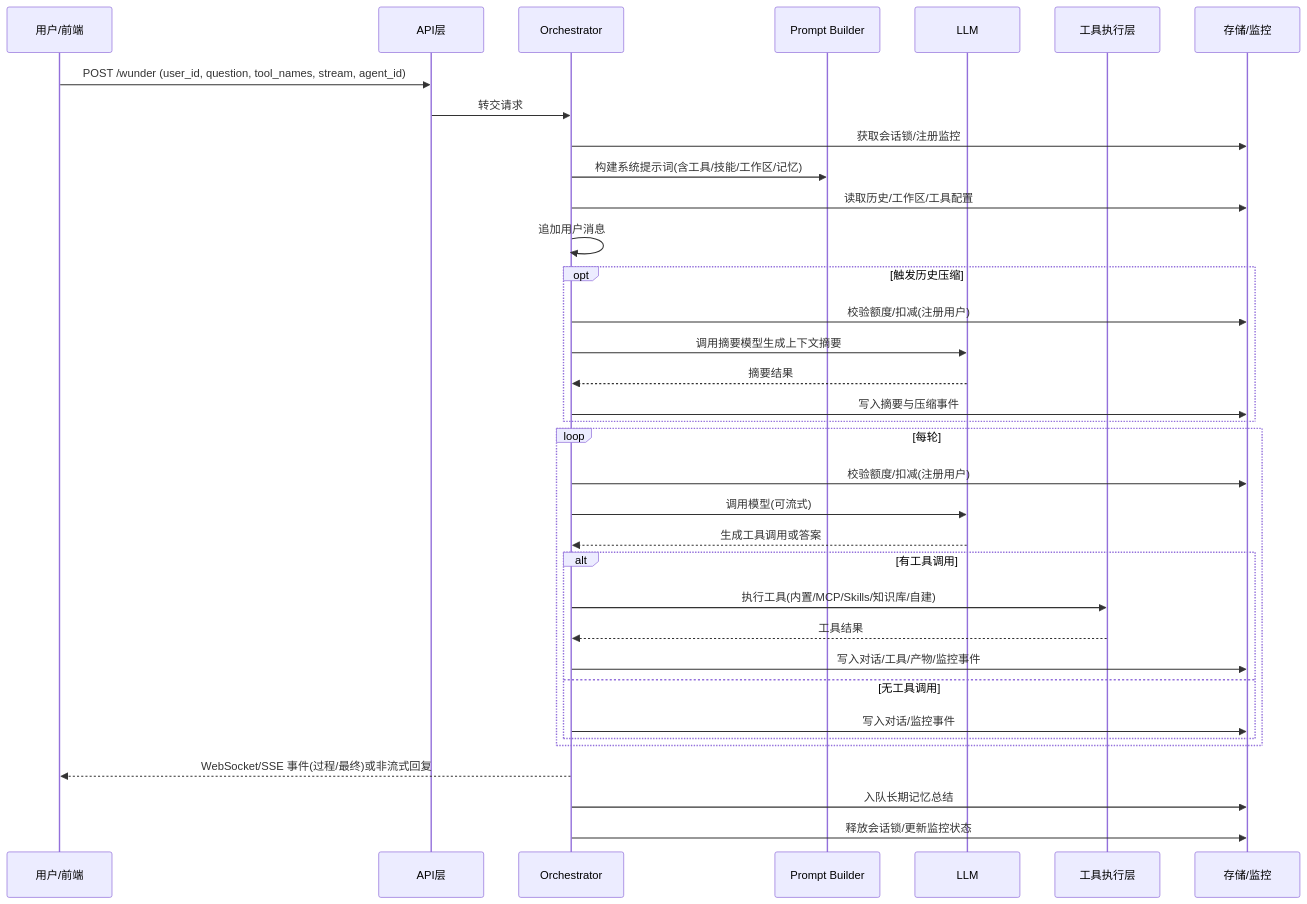
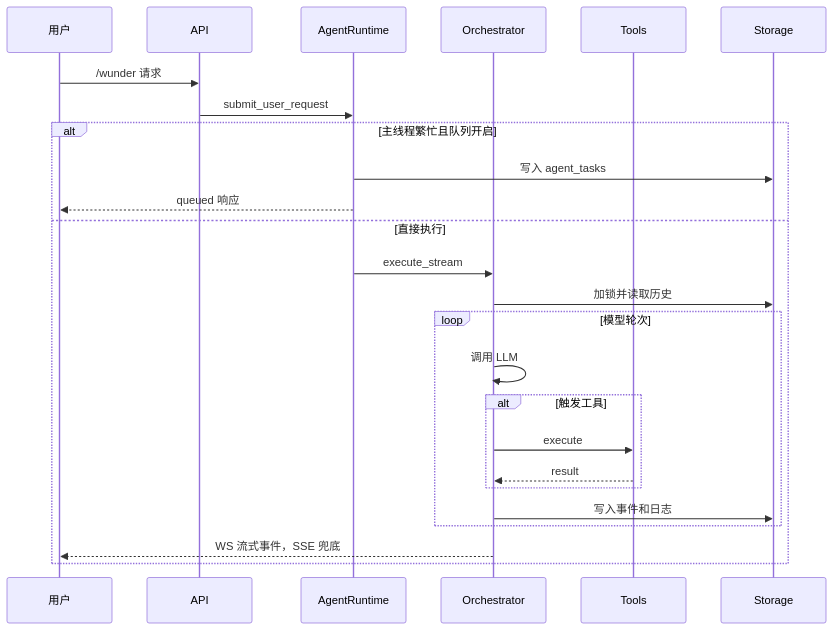
One commit to ylsdamxssjxxdd/wunder changed the third of 7 diagrams in docs/系统介绍.md. Above: the diagram before and after it, drawn with Mermaid. The commit also changed other lines of this file and 20 other files, not shown here.

````diff
--- a/docs/系统介绍.md
+++ b/docs/系统介绍.md
@@ -65,38 +91,28 @@
 ```mermaid
 sequenceDiagram
-  participant U as 用户/前端
-  participant API as API层
+  participant U as 用户
+  participant API as API
+  participant AR as AgentRuntime
   participant O as Orchestrator
-  participant P as Prompt Builder
-  participant L as LLM
-  participant T as 工具执行层
-  participant S as 存储/监控
+  participant T as Tools
+  participant S as Storage
 
-  U->>API: POST /wunder (user_id, question, tool_names, stream, agent_id)
-  API->>O: 转交请求
-  O->>S: 获取会话锁/注册监控
-  O->>P: 构建系统提示词(含工具/技能/工作区/记忆)
-  O->>S: 读取历史/工作区/工具配置
-  O->>O: 追加用户消息
-  opt 触发历史压缩
-    O->>S: 校验额度/扣减(注册用户)
-    O->>L: 调用摘要模型生成上下文摘要
-    L-->>O: 摘要结果
-    O->>S: 写入摘要与压缩事件
+  U->>API: /wunder 请求
+  API->>AR: submit_user_request
+  alt 主线程繁忙且队列开启
+    AR->>S: 写入 agent_tasks
+    AR-->>U: queued 响应
+  else 直接执行
+    AR->>O: execute_stream
+    O->>S: 加锁并读取历史
+    loop 模型轮次
+      O->>O: 调用 LLM
+      alt 触发工具
+        O->>T: execute
+        T-->>O: result
+      end
+      O->>S: 写入事件和日志
+    end
+    O-->>U: WS 流式事件，SSE 兜底
   end
-  loop 每轮
-    O->>S: 校验额度/扣减(注册用户)
-    O->>L: 调用模型(可流式)
-    L-->>O: 生成工具调用或答案
-    alt 有工具调用
-      O->>T: 执行工具(内置/MCP/Skills/知识库/自建)
-      T-->>O: 工具结果
-      O->>S: 写入对话/工具/产物/监控事件
-    else 无工具调用
-      O->>S: 写入对话/监控事件
-    end
-  end
-  O-->>U: WebSocket/SSE 事件(过程/最终)或非流式回复
-  O->>S: 入队长期记忆总结
-  O->>S: 释放会话锁/更新监控状态
 ```
````
